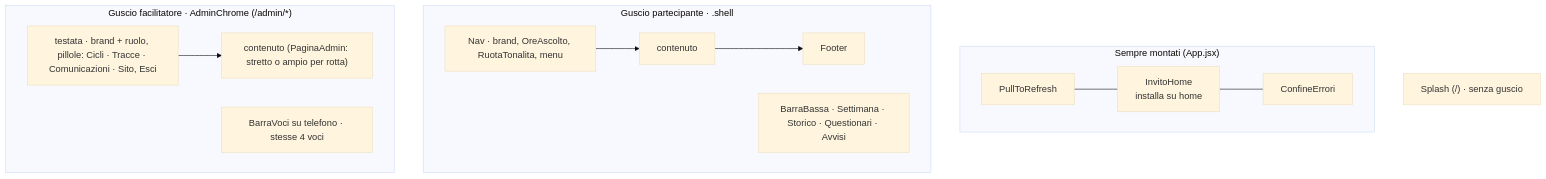
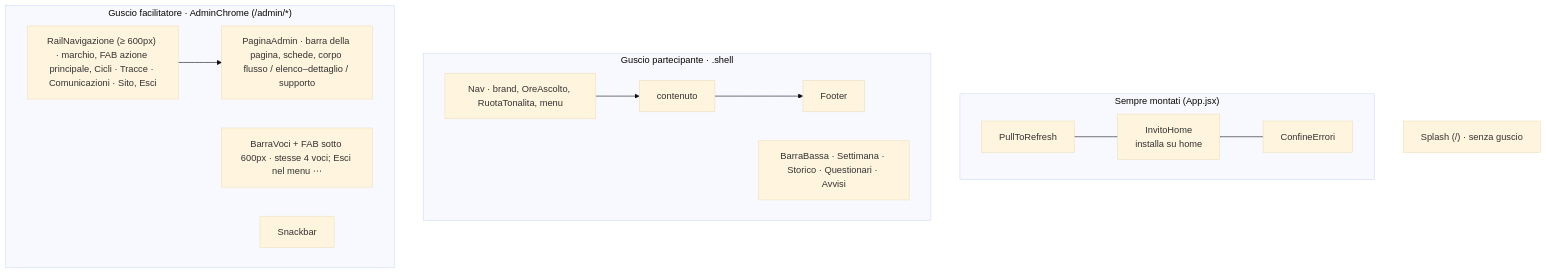
The diagram in docs/interfaccia.md (salonbookingsystemou-dot/conscio), drawn with Mermaid (base theme) before and after one commit. The commit also changed other lines of this file and 3 other files, not shown here.

````diff
--- a/docs/interfaccia.md
+++ b/docs/interfaccia.md
@@ -13,15 +13,16 @@
 ```mermaid
 flowchart TB
   subgraph Globali["Sempre montati (App.jsx)"]
     PTR[PullToRefresh] --- IH[InvitoHome<br/>installa su home] --- CE[ConfineErrori]
   end
   subgraph Part["Guscio partecipante · .shell"]
     NAV["Nav · brand, OreAscolto, RuotaTonalita, menu"] --> CONT1[contenuto] --> FOOT[Footer]
     BB["BarraBassa · Settimana · Storico · Questionari · Avvisi"]
   end
   subgraph Fac["Guscio facilitatore · AdminChrome (/admin/*)"]
-    TOP["testata · brand + ruolo, pillole: Cicli · Tracce · Comunicazioni · Sito, Esci"] --> CONT2["contenuto (PaginaAdmin: stretto o ampio per rotta)"]
-    BBF["BarraVoci su telefono · stesse 4 voci"]
+    RAIL["RailNavigazione (≥ 600px) · marchio, FAB azione principale, Cicli · Tracce · Comunicazioni · Sito, Esci"] --> CONT2["PaginaAdmin · barra della pagina, schede, corpo flusso / elenco–dettaglio / supporto"]
+    BBF["BarraVoci + FAB sotto 600px · stesse 4 voci; Esci nel menu ⋯"]
+    SNK["Snackbar"]
   end
   SPL["Splash (/) · senza guscio"]
 ```
````
